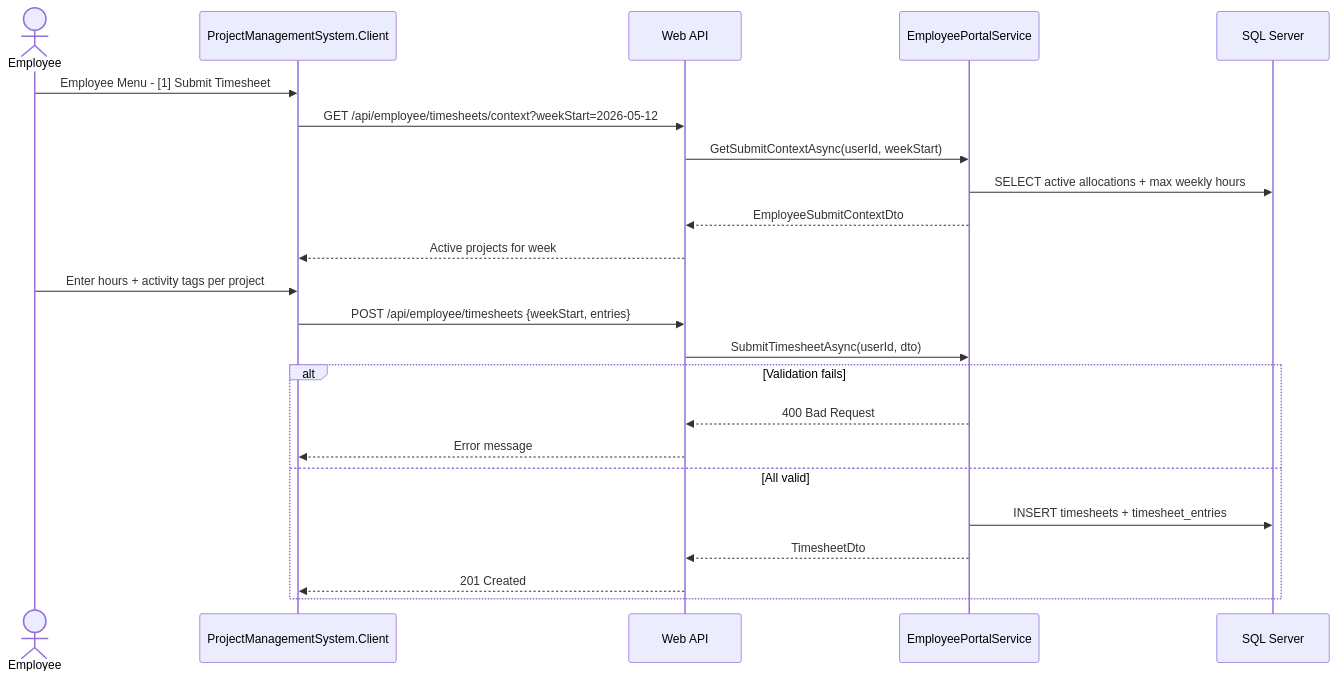
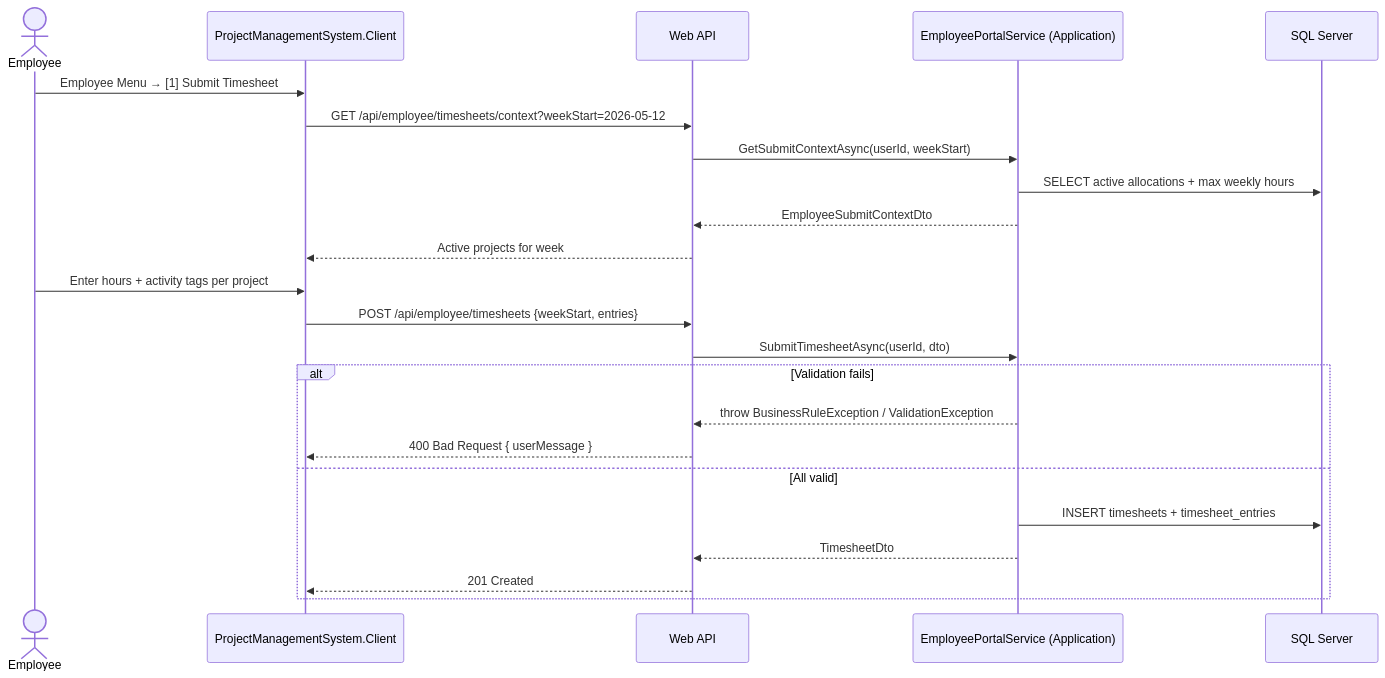
The tenth of 14 diagrams in docs/Solution/Sequence_Diagram.md (HariAdk/PRM), drawn with Mermaid before and after one commit. The commit also changed other lines of this file and 21 other files, not shown here.

Commit message:
Updated diagrams

````diff
--- a/docs/Solution/Sequence_Diagram.md
+++ b/docs/Solution/Sequence_Diagram.md
@@ -378,28 +384,28 @@
 ```mermaid
 sequenceDiagram
     actor Employee
     participant Client  as ProjectManagementSystem.Client
     participant API     as Web API
-    participant EmpSvc  as EmployeePortalService
+    participant EmpSvc  as EmployeePortalService (Application)
     participant DB      as SQL Server
 
-    Employee->>Client: Employee Menu - [1] Submit Timesheet
+    Employee->>Client: Employee Menu → [1] Submit Timesheet
     Client->>API: GET /api/employee/timesheets/context?weekStart=2026-05-12
     API->>EmpSvc: GetSubmitContextAsync(userId, weekStart)
     EmpSvc->>DB: SELECT active allocations + max weekly hours
     EmpSvc-->>API: EmployeeSubmitContextDto
     API-->>Client: Active projects for week
 
     Employee->>Client: Enter hours + activity tags per project
     Client->>API: POST /api/employee/timesheets {weekStart, entries}
     API->>EmpSvc: SubmitTimesheetAsync(userId, dto)
 
     alt Validation fails
-        EmpSvc-->>API: 400 Bad Request
-        API-->>Client: Error message
+        EmpSvc-->>API: throw BusinessRuleException / ValidationException
+        API-->>Client: 400 Bad Request { userMessage }
     else All valid
         EmpSvc->>DB: INSERT timesheets + timesheet_entries
         EmpSvc-->>API: TimesheetDto
         API-->>Client: 201 Created
     end
 ```
````
